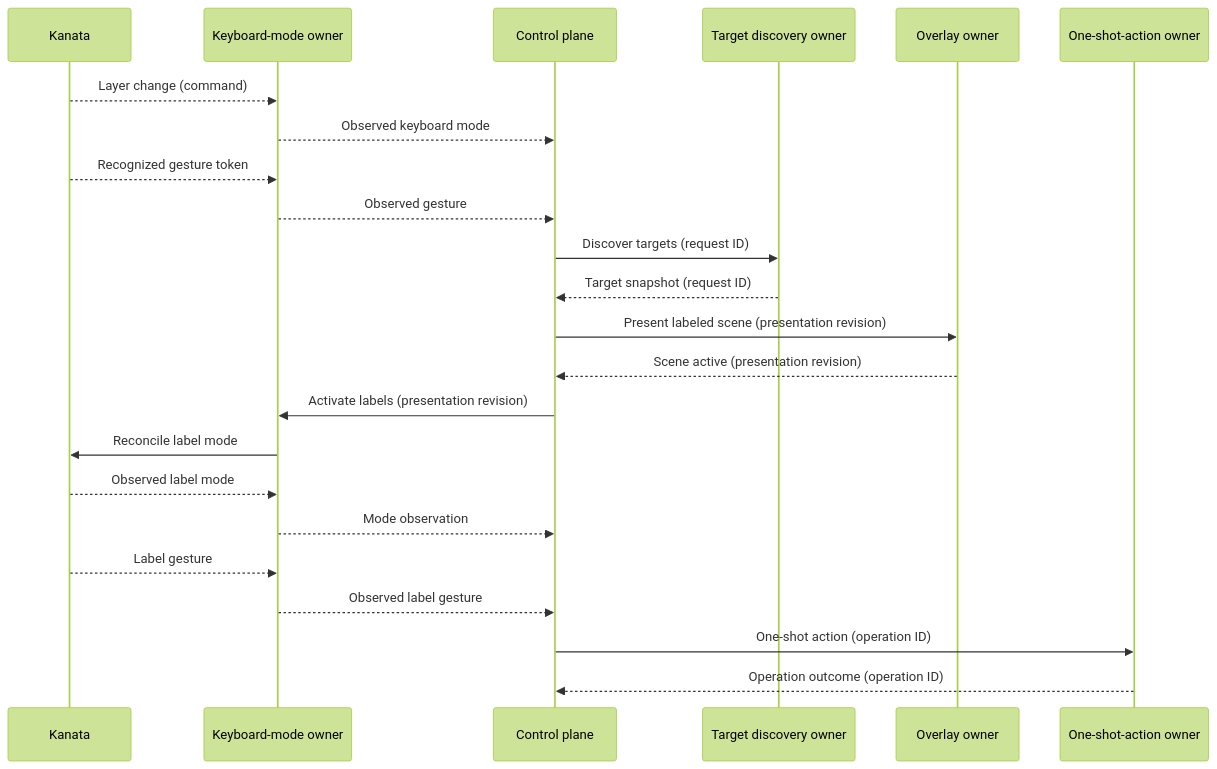
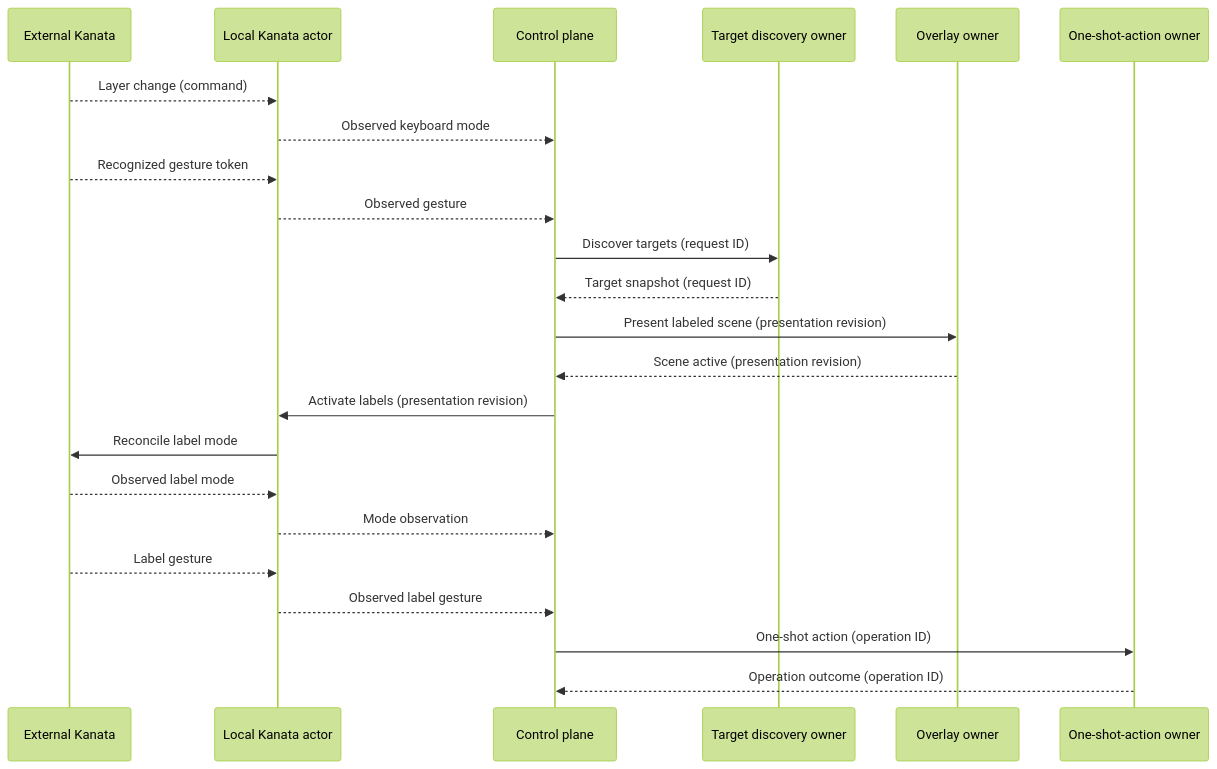
One commit to MattKotsenas/desknav changed the diagram in ARCHITECTURE.md. Above: the diagram before and after it, drawn with Mermaid (forest theme). The commit also changed other lines of this file and 10 other files, not shown here.

````diff
--- a/ARCHITECTURE.md
+++ b/ARCHITECTURE.md
@@ -154,26 +154,26 @@
 ```mermaid
 sequenceDiagram
-    participant K as Kanata
-    participant M as Keyboard-mode owner
+    participant K as External Kanata
+    participant KA as Local Kanata actor
     participant C as Control plane
     participant D as Target discovery owner
     participant O as Overlay owner
     participant A as One-shot-action owner
 
-    K-->>M: Layer change (command)
-    M-->>C: Observed keyboard mode
-    K-->>M: Recognized gesture token
-    M-->>C: Observed gesture
+    K-->>KA: Layer change (command)
+    KA-->>C: Observed keyboard mode
+    K-->>KA: Recognized gesture token
+    KA-->>C: Observed gesture
     C->>D: Discover targets (request ID)
     D-->>C: Target snapshot (request ID)
     C->>O: Present labeled scene (presentation revision)
     O-->>C: Scene active (presentation revision)
-    C->>M: Activate labels (presentation revision)
-    M->>K: Reconcile label mode
-    K-->>M: Observed label mode
-    M-->>C: Mode observation
-    K-->>M: Label gesture
-    M-->>C: Observed label gesture
+    C->>KA: Activate labels (presentation revision)
+    KA->>K: Reconcile label mode
+    K-->>KA: Observed label mode
+    KA-->>C: Mode observation
+    K-->>KA: Label gesture
+    KA-->>C: Observed label gesture
     C->>A: One-shot action (operation ID)
     A-->>C: Operation outcome (operation ID)
 ```
````
